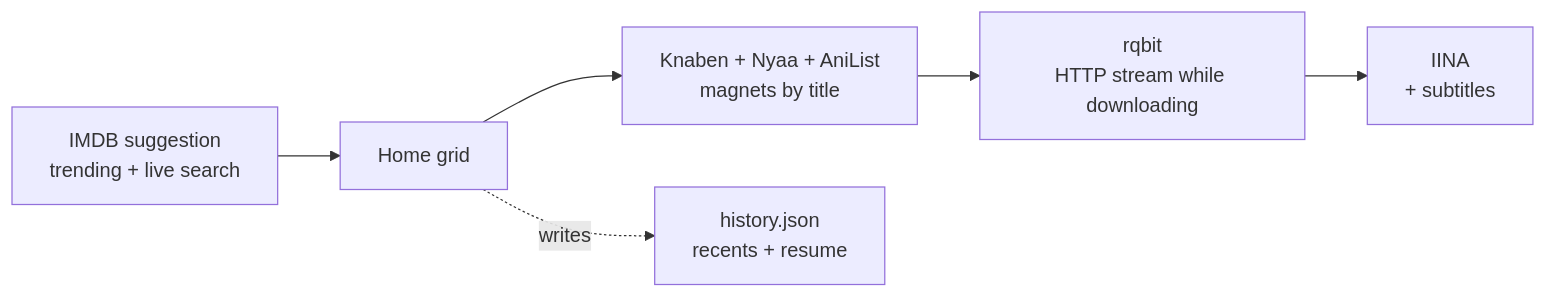
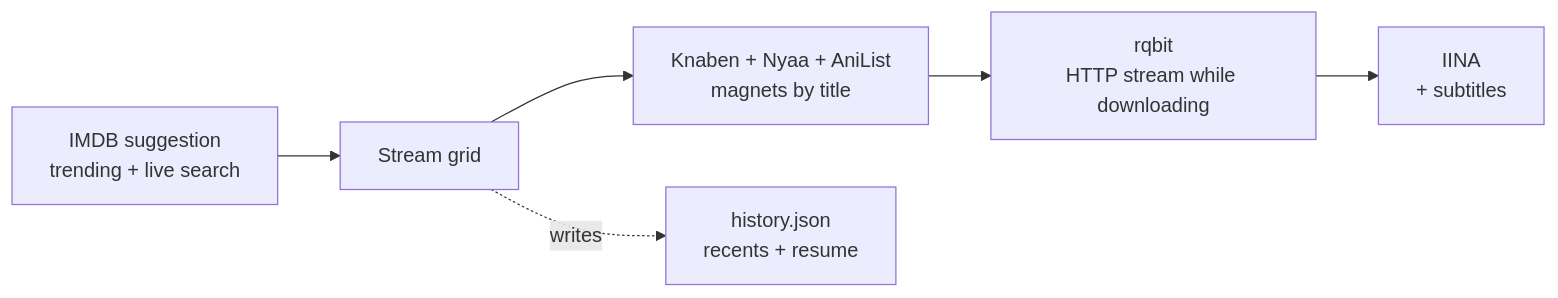
The second of 2 diagrams in README.md (nitrimandylis/cine), drawn with Mermaid before and after one commit. The commit also changed other lines of this file and 2 other files, not shown here.

Commit message:
fix poster refresh: draw each poster into its cell instead of full-screen redraws; rename tabs Village/Stream

````diff
--- a/README.md
+++ b/README.md
@@ -107,8 +107,8 @@
 ```mermaid
 flowchart LR
-    S[IMDB suggestion<br/>trending + live search] --> H[Home grid]
+    S[IMDB suggestion<br/>trending + live search] --> H[Stream grid]
     H --> K[Knaben + Nyaa + AniList<br/>magnets by title]
     K --> R[rqbit<br/>HTTP stream while downloading]
     R --> I[IINA<br/>+ subtitles]
     H -. writes .-> J[history.json<br/>recents + resume]
 ```
````
